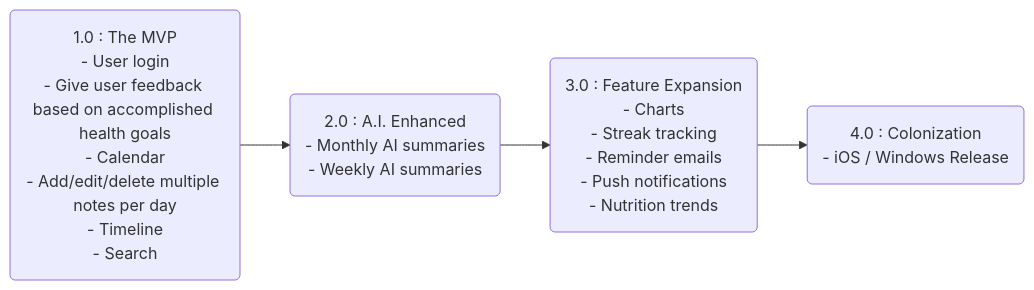
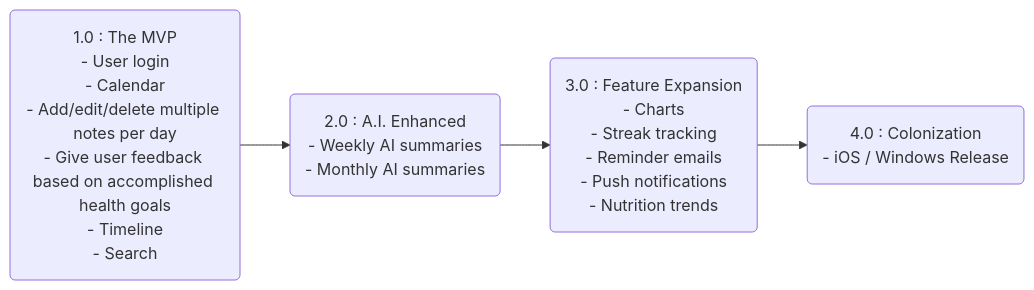
Before and after one commit to LowComDenom/wellness-calendar: the second of 4 diagrams in README.md, drawn with Mermaid. The commit also changed other lines of this file, not shown here.

````diff
--- a/README.md
+++ b/README.md
@@ -22,22 +22,22 @@
 ```mermaid
 flowchart LR
 1(1.0 : The MVP
 - User login
-- Give user feedback based on accomplished health goals
 - Calendar
 - Add/edit/delete multiple notes per day
+- Give user feedback based on accomplished health goals
 - Timeline
 - Search)
 2(2.0 : A.I. Enhanced
-- Monthly AI summaries
-- Weekly AI summaries)
+- Weekly AI summaries
+- Monthly AI summaries)
 3(3.0 : Feature Expansion
 - Charts
 - Streak tracking
 - Reminder emails
 - Push notifications
 - Nutrition trends)
 4(4.0 : Colonization
 - iOS / Windows Release)
 1 --> 2 --> 3 --> 4
 ```
````
